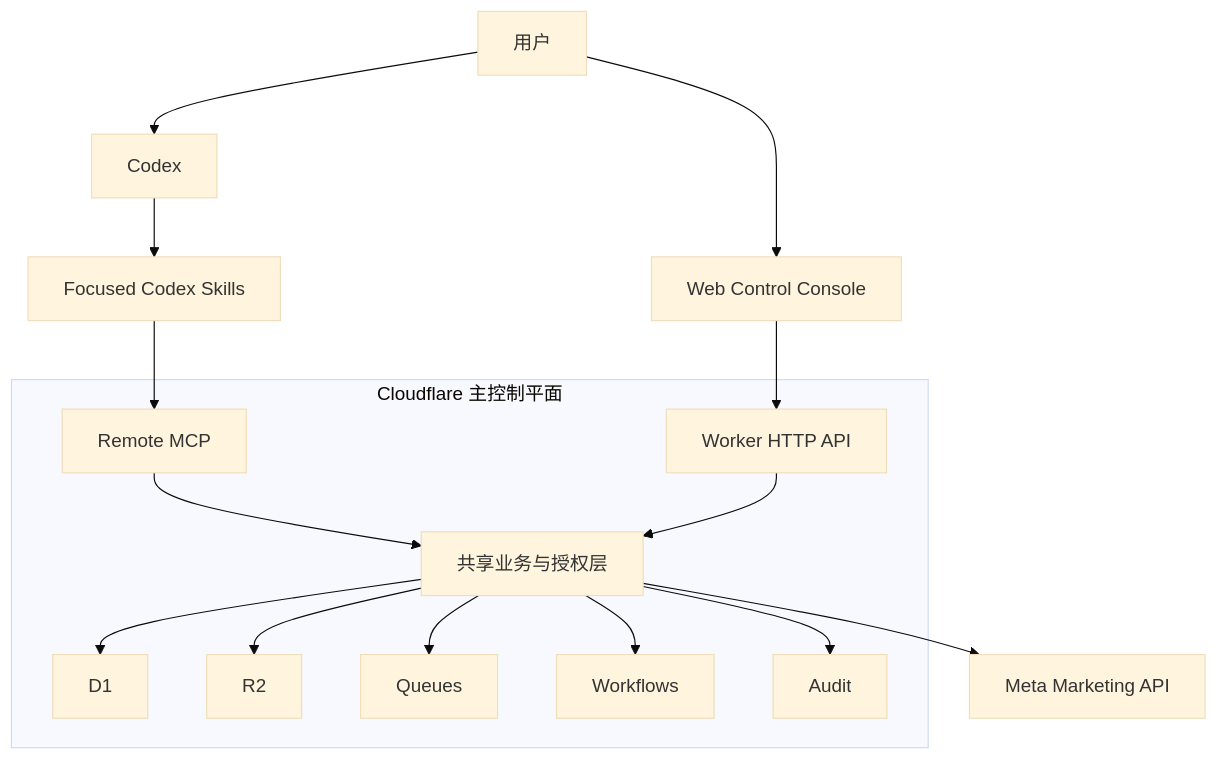
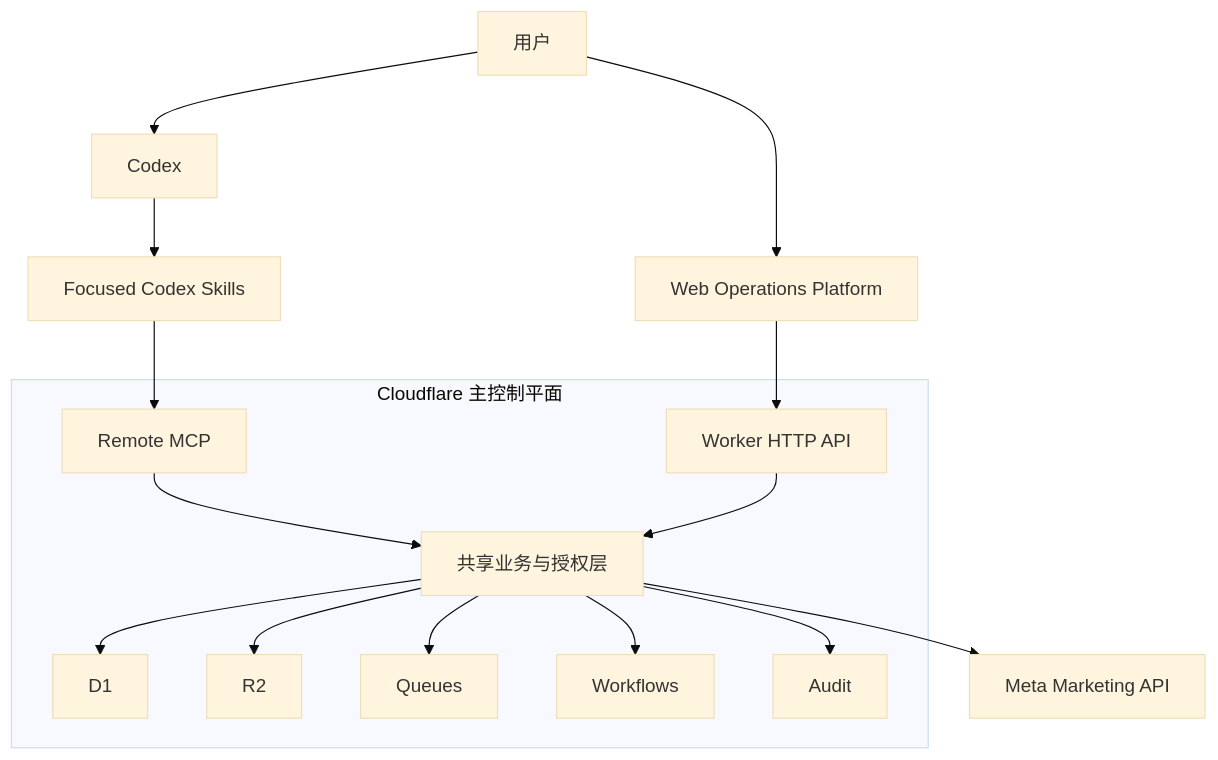
The first of 4 diagrams in docs/technical/architecture.md (yyg20101/facebook-ads-codex), drawn with Mermaid (base theme) before and after one commit. The commit also changed other lines of this file and 78 other files, not shown here.

````diff
--- a/docs/technical/architecture.md
+++ b/docs/technical/architecture.md
@@ -29,21 +29,21 @@
 ```mermaid
 flowchart TB
   User["用户"] --> Codex["Codex"]
-  User --> Console["Web Control Console"]
+  User --> Web["Web Operations Platform"]
 
   Codex --> Skills["Focused Codex Skills"]
   Skills --> MCP["Remote MCP"]
-  Console --> HTTP["Worker HTTP API"]
+  Web --> HTTP["Worker HTTP API"]
 
   subgraph CF["Cloudflare 主控制平面"]
     MCP --> Domain["共享业务与授权层"]
     HTTP --> Domain
     Domain --> D1["D1"]
     Domain --> R2["R2"]
     Domain --> Queues["Queues"]
     Domain --> Workflows["Workflows"]
     Domain --> Audit["Audit"]
   end
 
   Domain --> Meta["Meta Marketing API"]
 ```
````
